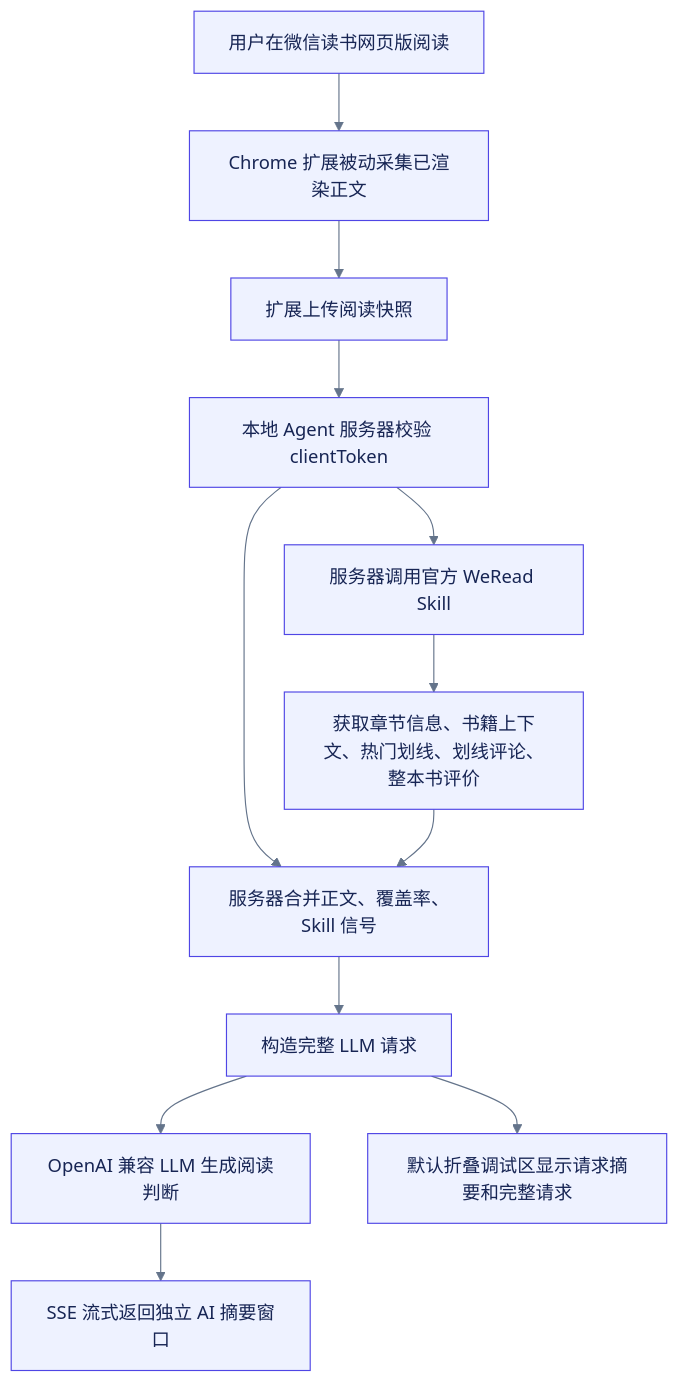
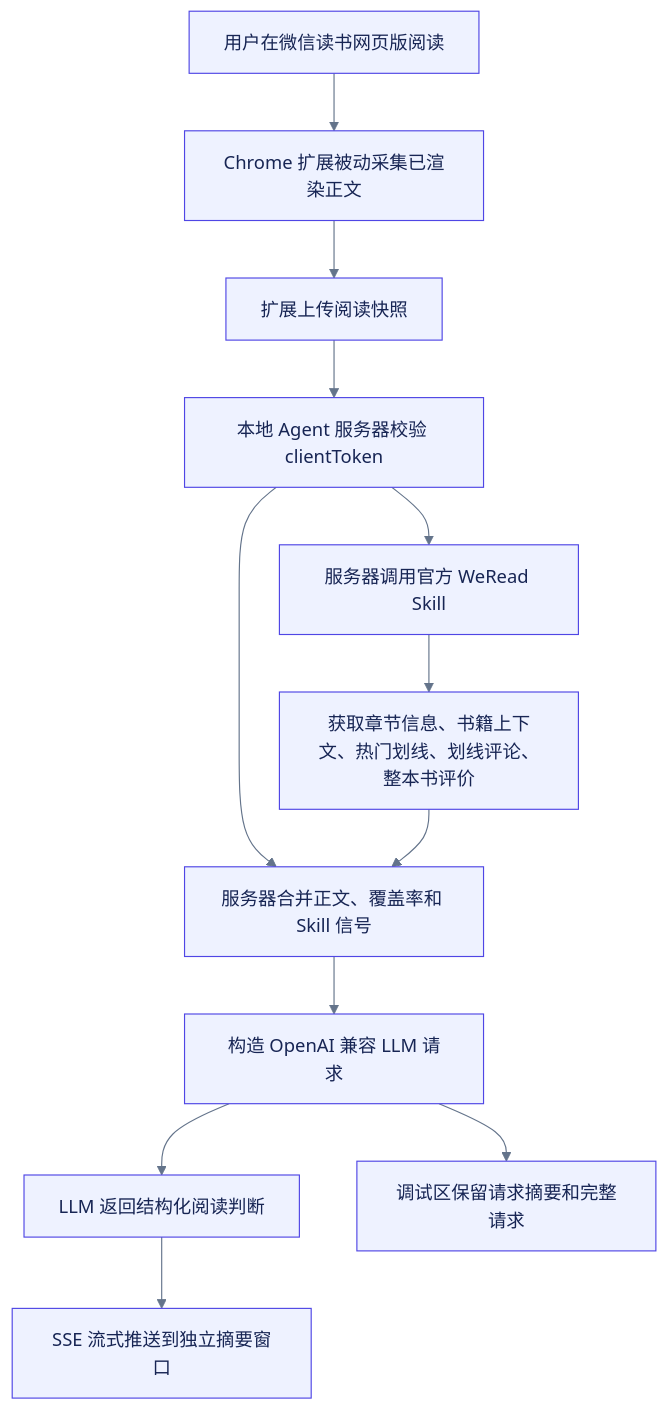
Before and after one commit to unix2dos/weread-ai-reader: the diagram in README.md, drawn with Mermaid. The commit also changed other lines of this file and 10 other files, not shown here.

````diff
--- a/README.md
+++ b/README.md
@@ -23,15 +42,15 @@
 ```mermaid
 %%{init: {'theme': 'base', 'themeVariables': { 'primaryColor': '#EEF2FF', 'primaryTextColor': '#172554', 'primaryBorderColor': '#4F46E5', 'lineColor': '#64748B', 'secondaryColor': '#ECFDF5', 'tertiaryColor': '#FFF7ED'}}}%%
 flowchart TD
   A["用户在微信读书网页版阅读"] --> B["Chrome 扩展被动采集已渲染正文"]
   B --> C["扩展上传阅读快照"]
   C --> D["本地 Agent 服务器校验 clientToken"]
   D --> E["服务器调用官方 WeRead Skill"]
   E --> F["获取章节信息、书籍上下文、热门划线、划线评论、整本书评价"]
-  D --> G["服务器合并正文、覆盖率、Skill 信号"]
+  D --> G["服务器合并正文、覆盖率和 Skill 信号"]
   F --> G
-  G --> H["构造完整 LLM 请求"]
-  H --> I["OpenAI 兼容 LLM 生成阅读判断"]
-  I --> J["SSE 流式返回独立 AI 摘要窗口"]
-  H --> K["默认折叠调试区显示请求摘要和完整请求"]
+  G --> H["构造 OpenAI 兼容 LLM 请求"]
+  H --> I["LLM 返回结构化阅读判断"]
+  I --> J["SSE 流式推送到独立摘要窗口"]
+  H --> K["调试区保留请求摘要和完整请求"]
 ```
````
